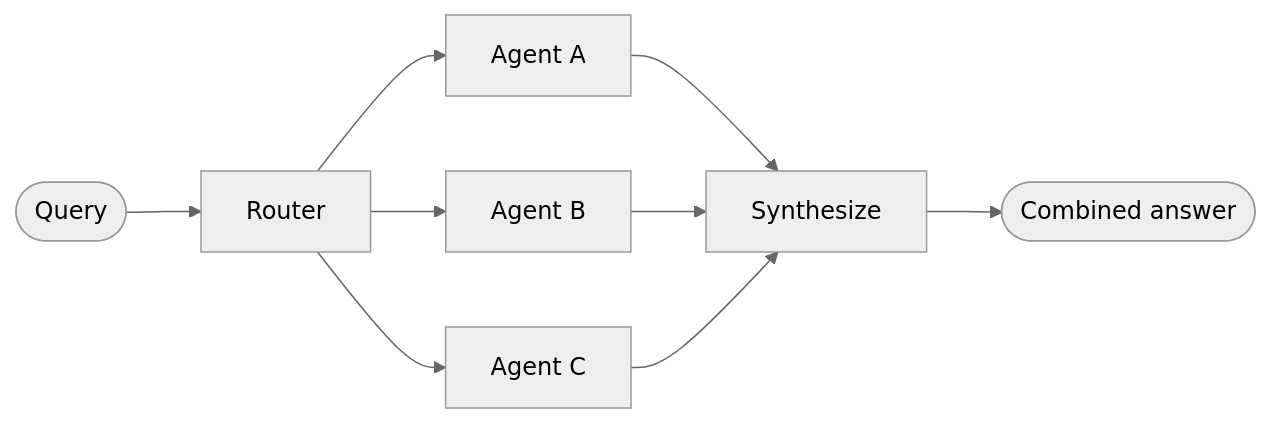
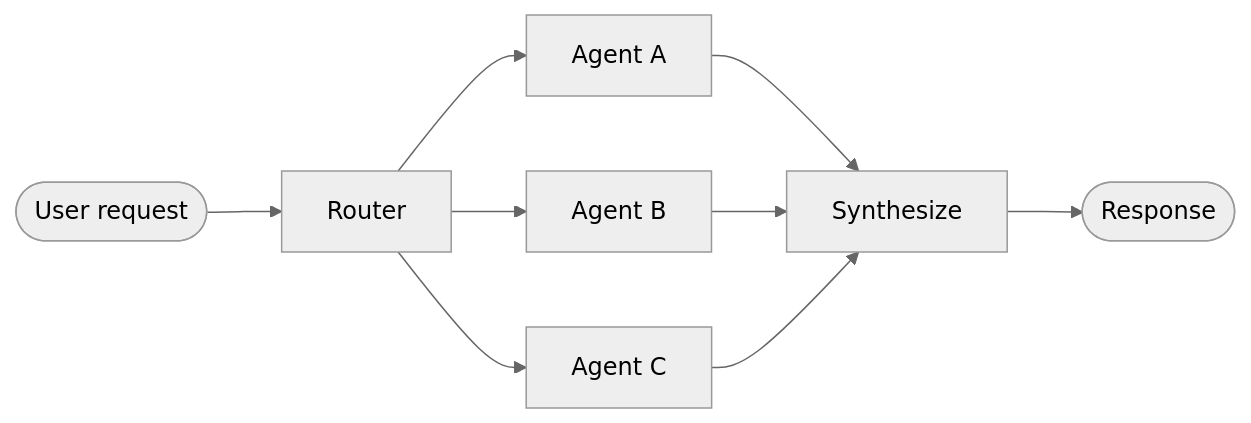
The fourth of 12 diagrams in src/oss/langchain/multi-agent/index.mdx (langchain-ai/docs), drawn with Mermaid (neutral theme) before and after one commit. The commit also changed other lines of this file, not shown here.

````diff
--- a/src/oss/langchain/multi-agent/index.mdx
+++ b/src/oss/langchain/multi-agent/index.mdx
@@ -106,11 +112,11 @@
     ```mermaid
     graph LR
-        A([Query]) --> B[Router]
-        B --> C[Agent A]
-        B --> D[Agent B]
-        B --> E[Agent C]
-        C --> F[Synthesize]
-        D --> F
-        E --> F
-        F --> G([Combined answer])
+        U([User request]) --> R[Router]
+        R --> A[Agent A]
+        R --> B[Agent B]
+        R --> C[Agent C]
+        A --> S[Synthesize]
+        B --> S
+        C --> S
+        S --> O([Response])
     ```
````
